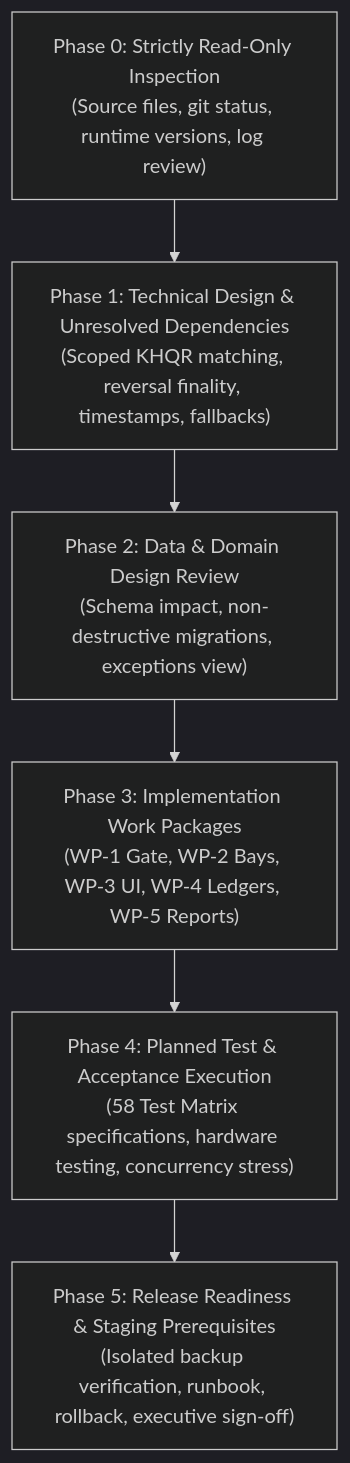
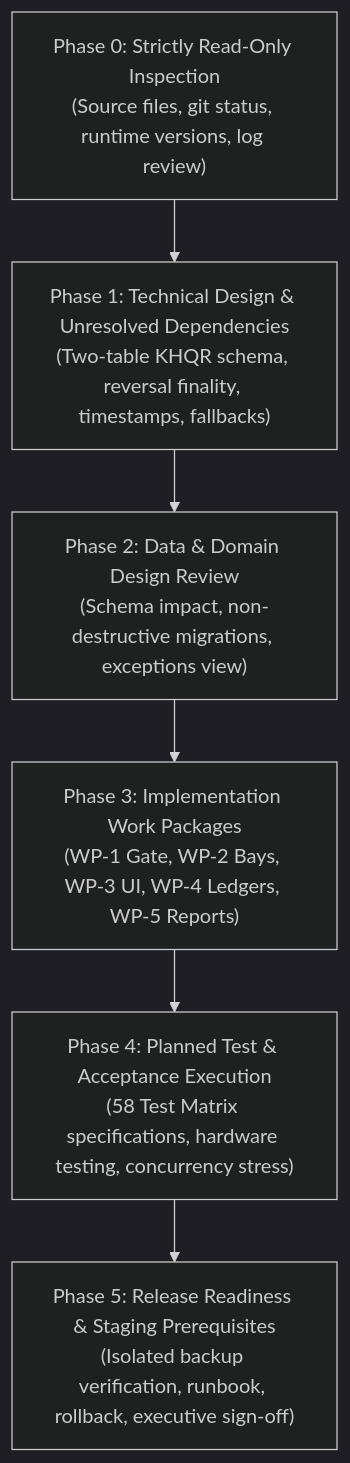
Before and after one commit to Tiffy-gif/Car-WashService: the diagram in POS-FINAL-IMPLEMENTATION-PLAN.md, drawn with Mermaid (dark theme). The commit also changed other lines of this file and 3 other files, not shown here.

````diff
--- a/POS-FINAL-IMPLEMENTATION-PLAN.md
+++ b/POS-FINAL-IMPLEMENTATION-PLAN.md
@@ -30,8 +30,8 @@
 ```mermaid
 flowchart TD
-    P0["Phase 0: Strictly Read-Only Inspection\n(Source files, git status, runtime versions, log review)"] --> P1["Phase 1: Technical Design & Unresolved Dependencies\n(Scoped KHQR matching, reversal finality, timestamps, fallbacks)"]
+    P0["Phase 0: Strictly Read-Only Inspection\n(Source files, git status, runtime versions, log review)"] --> P1["Phase 1: Technical Design & Unresolved Dependencies\n(Two-table KHQR schema, reversal finality, timestamps, fallbacks)"]
     P1 --> P2["Phase 2: Data & Domain Design Review\n(Schema impact, non-destructive migrations, exceptions view)"]
     P2 --> P3["Phase 3: Implementation Work Packages\n(WP-1 Gate, WP-2 Bays, WP-3 UI, WP-4 Ledgers, WP-5 Reports)"]
     P3 --> P4["Phase 4: Planned Test & Acceptance Execution\n(58 Test Matrix specifications, hardware testing, concurrency stress)"]
     P4 --> P5["Phase 5: Release Readiness & Staging Prerequisites\n(Isolated backup verification, runbook, rollback, executive sign-off)"]
 ```
````
